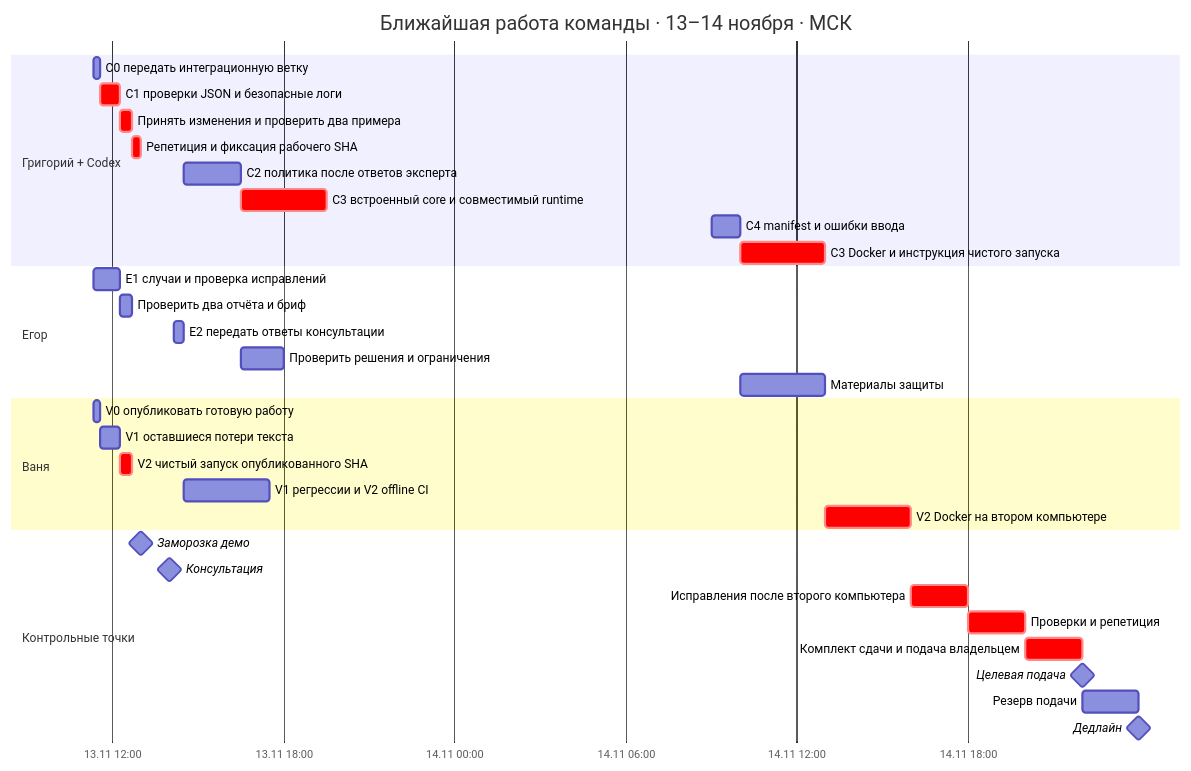
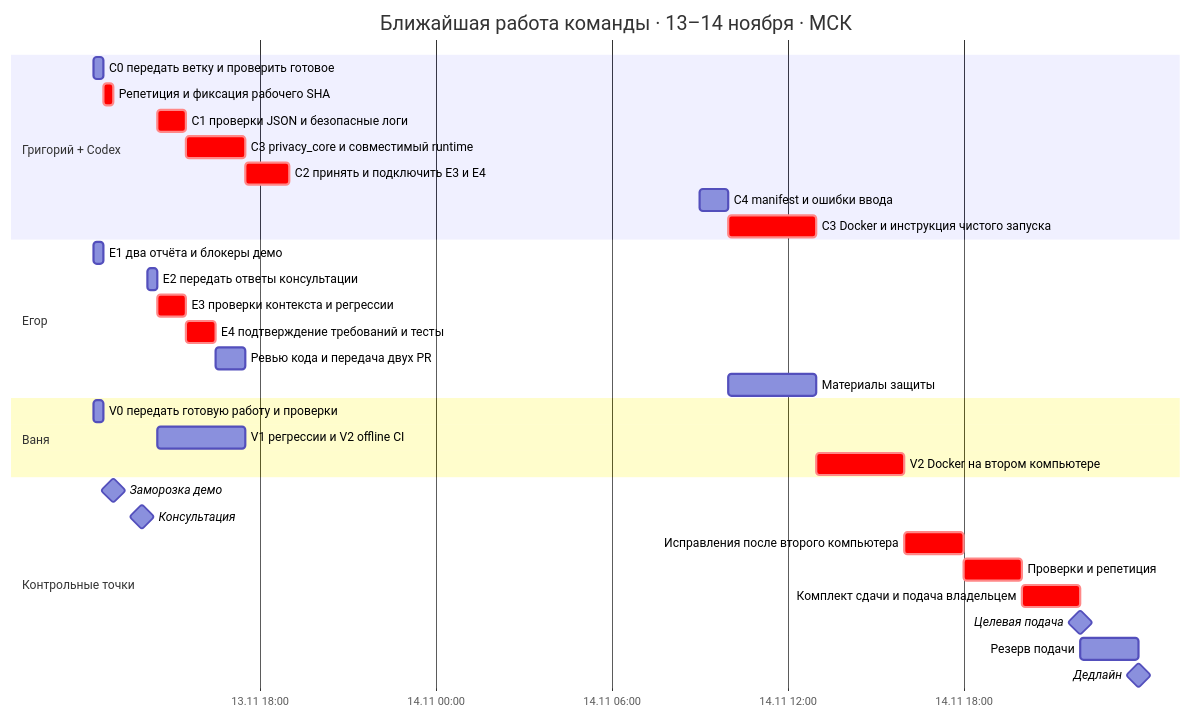
The first of 2 diagrams in docs/16-work-gantt.md (GrigoryPislegin/phystech-novatoria), drawn with Mermaid before and after one commit. The commit also changed other lines of this file and 14 other files, not shown here.

````diff
--- a/docs/16-work-gantt.md
+++ b/docs/16-work-gantt.md
@@ -7,42 +7,40 @@
 ```mermaid
 gantt
     title Ближайшая работа команды · 13–14 ноября · МСК
     dateFormat YYYY-MM-DD HH:mm
     axisFormat %d.%m %H:%M
     tickInterval 6hour
     todayMarker off
 
     section Григорий + Codex
-    C0 передать интеграционную ветку :c0, 2026-11-13 11:20, 15m
-    C1 проверки JSON и безопасные логи :crit, c1, 2026-11-13 11:35, 40m
-    Принять изменения и проверить два примера :crit, ci, 2026-11-13 12:15, 25m
+    C0 передать ветку и проверить готовое :c0, 2026-11-13 12:20, 20m
     Репетиция и фиксация рабочего SHA :crit, rehearse, 2026-11-13 12:40, 20m
-    C2 политика после ответов эксперта :c2, 2026-11-13 14:30, 2h
-    C3 встроенный core и совместимый runtime :crit, c3, 2026-11-13 16:30, 3h
+    C1 проверки JSON и безопасные логи :crit, c1, 2026-11-13 14:30, 1h
+    C3 privacy_core и совместимый runtime :crit, c3, 2026-11-13 15:30, 2h
+    C2 принять и подключить E3 и E4 :crit, c2, 2026-11-13 17:30, 90m
     C4 manifest и ошибки ввода :c4, 2026-11-14 09:00, 1h
     C3 Docker и инструкция чистого запуска :crit, pack, 2026-11-14 10:00, 3h
 
     section Егор
-    E1 случаи и проверка исправлений :e1, 2026-11-13 11:20, 55m
-    Проверить два отчёта и бриф :echeck, 2026-11-13 12:15, 25m
+    E1 два отчёта и блокеры демо :e1, 2026-11-13 12:20, 20m
     E2 передать ответы консультации :e2, 2026-11-13 14:10, 20m
-    Проверить решения и ограничения :epolicy, 2026-11-13 16:30, 90m
+    E3 проверки контекста и регрессии :crit, e3, 2026-11-13 14:30, 1h
+    E4 подтверждение требований и тесты :crit, e4, 2026-11-13 15:30, 1h
+    Ревью кода и передача двух PR :ereview, 2026-11-13 16:30, 1h
     Материалы защиты :edefense, 2026-11-14 10:00, 3h
 
     section Ваня
-    V0 опубликовать готовую работу :v0, 2026-11-13 11:20, 15m
-    V1 оставшиеся потери текста :v1, 2026-11-13 11:35, 40m
-    V2 чистый запуск опубликованного SHA :crit, v2, 2026-11-13 12:15, 25m
+    V0 передать готовую работу и проверки :v0, 2026-11-13 12:20, 20m
     V1 регрессии и V2 offline CI :vci, 2026-11-13 14:30, 3h
     V2 Docker на втором компьютере :crit, vdocker, 2026-11-14 13:00, 3h
 
     section Контрольные точки
     Заморозка демо :milestone, freeze2, 2026-11-13 13:00, 0m
     Консультация :milestone, consult2, 2026-11-13 14:00, 0m
     Исправления после второго компьютера :crit, finalfix, 2026-11-14 16:00, 2h
     Проверки и репетиция :crit, finaltest, 2026-11-14 18:00, 2h
     Комплект сдачи и подача владельцем :crit, submit, 2026-11-14 20:00, 2h
     Целевая подача :milestone, target2, 2026-11-14 22:00, 0m
     Резерв подачи :reserve, 2026-11-14 22:00, 119m
     Дедлайн :milestone, deadline2, 2026-11-14 23:59, 0m
 ```
````
